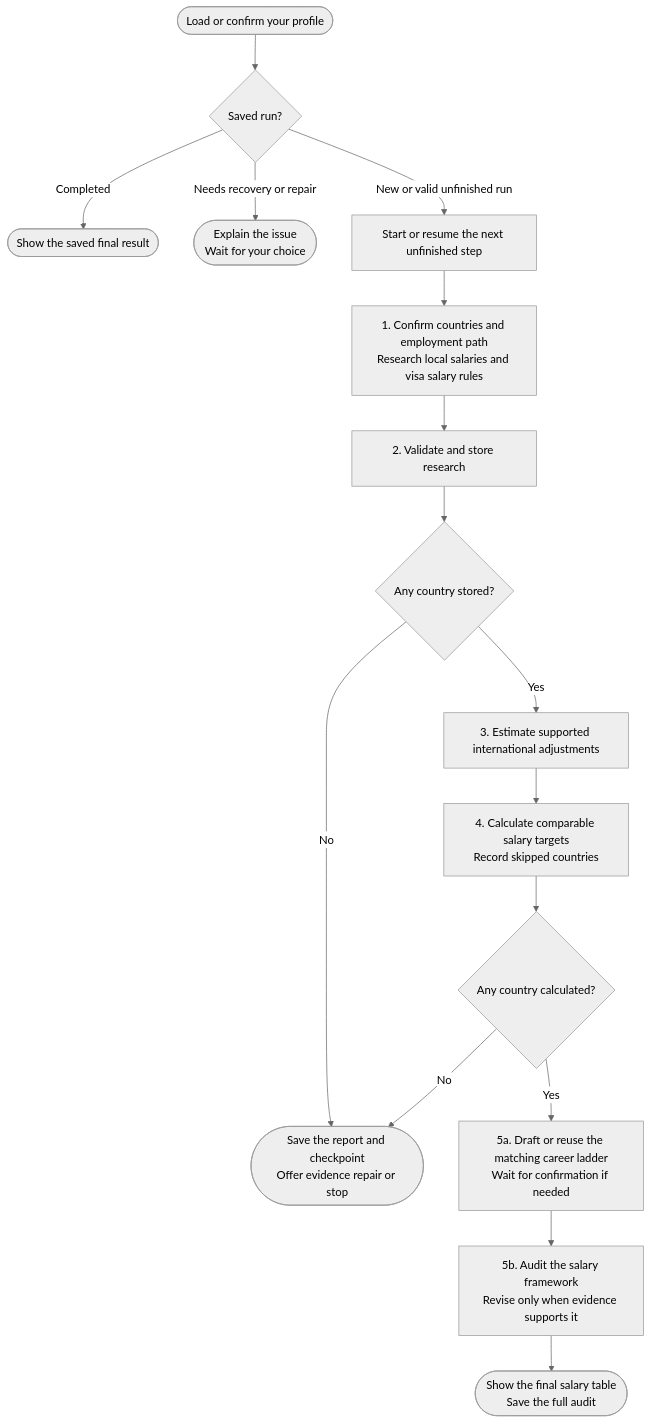
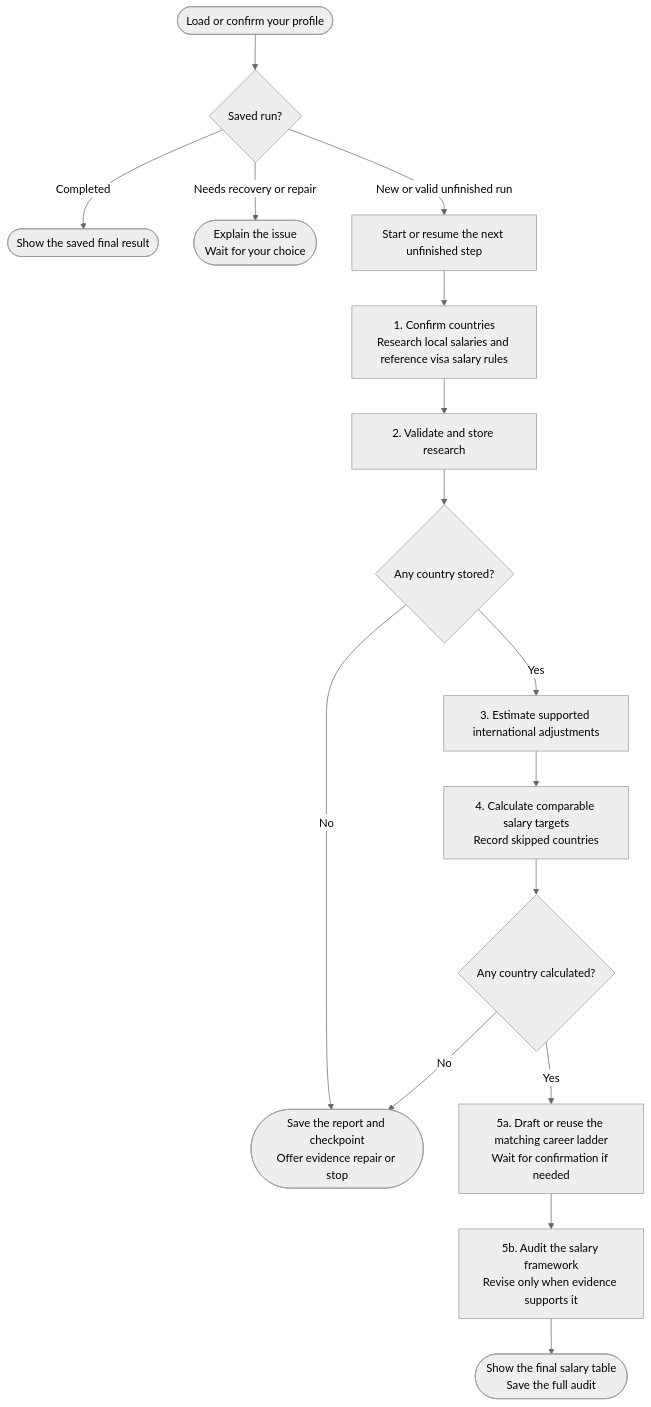
One commit to myowinthein/agent-compass changed the diagram in docs/commands/salary-calculator.md. Above: the diagram before and after it, drawn with Mermaid (neutral theme). The commit also changed other lines of this file and 5 other files, not shown here.

Commit message:
fix(salary-calculator): remove employment-path scope question

````diff
--- a/docs/commands/salary-calculator.md
+++ b/docs/commands/salary-calculator.md
@@ -22,18 +22,18 @@
 ```mermaid
 flowchart TD
   Start(["Load or confirm your profile"]) --> Status{"Saved run?"}
   Status -->|Completed| Replay(["Show the saved final result"])
   Status -->|Needs recovery or repair| Recover(["Explain the issue<br/>Wait for your choice"])
   Status -->|New or valid unfinished run| Resume["Start or resume the next unfinished step"]
-  Resume --> S1["1. Confirm countries and employment path<br/>Research local salaries and visa salary rules"]
+  Resume --> S1["1. Confirm countries<br/>Research local salaries and reference visa salary rules"]
   S1 --> S2["2. Validate and store research"]
   S2 --> Stored{"Any country stored?"}
   Stored -->|No| Repair(["Save the report and checkpoint<br/>Offer evidence repair or stop"])
   Stored -->|Yes| S3["3. Estimate supported international adjustments"]
   S3 --> S4["4. Calculate comparable salary targets<br/>Record skipped countries"]
   S4 --> Usable{"Any country calculated?"}
   Usable -->|No| Repair
   Usable -->|Yes| Ladder["5a. Draft or reuse the matching career ladder<br/>Wait for confirmation if needed"]
   Ladder --> Audit["5b. Audit the salary framework<br/>Revise only when evidence supports it"]
   Audit --> End(["Show the final salary table<br/>Save the full audit"])
 ```
````
